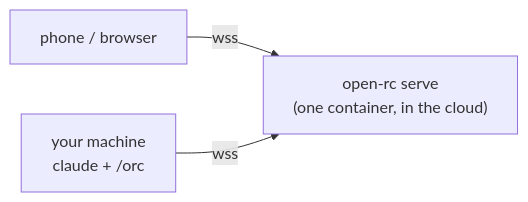
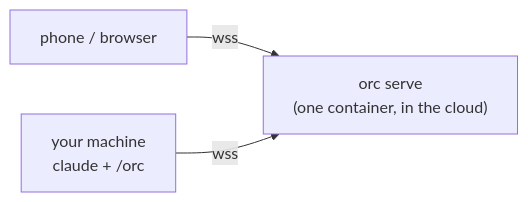
One commit to Cohey0727/OpenRemoteControl changed the diagram in docs/deploy.md. Above: the diagram before and after it, drawn with Mermaid. The commit also changed other lines of this file and 26 other files, not shown here.

````diff
--- a/docs/deploy.md
+++ b/docs/deploy.md
@@ -13,5 +13,5 @@
 ```mermaid
 flowchart LR
-    phone["phone / browser"] -- wss --> serve["open-rc serve<br/>(one container, in the cloud)"]
+    phone["phone / browser"] -- wss --> serve["orc serve<br/>(one container, in the cloud)"]
     machine["your machine<br/>claude + /orc"] -- wss --> serve
 ```
````
